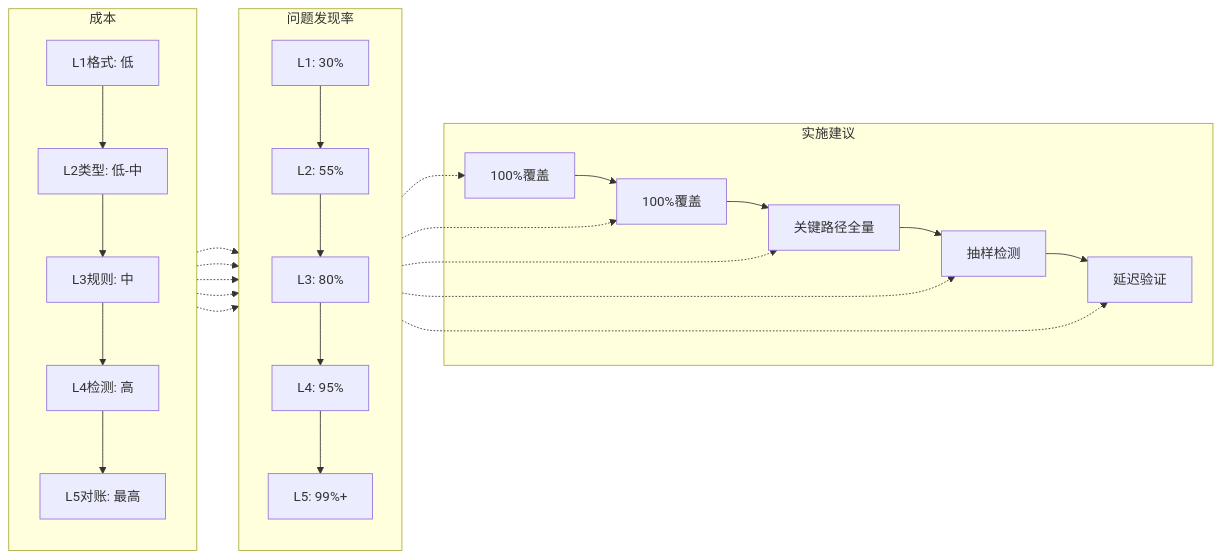
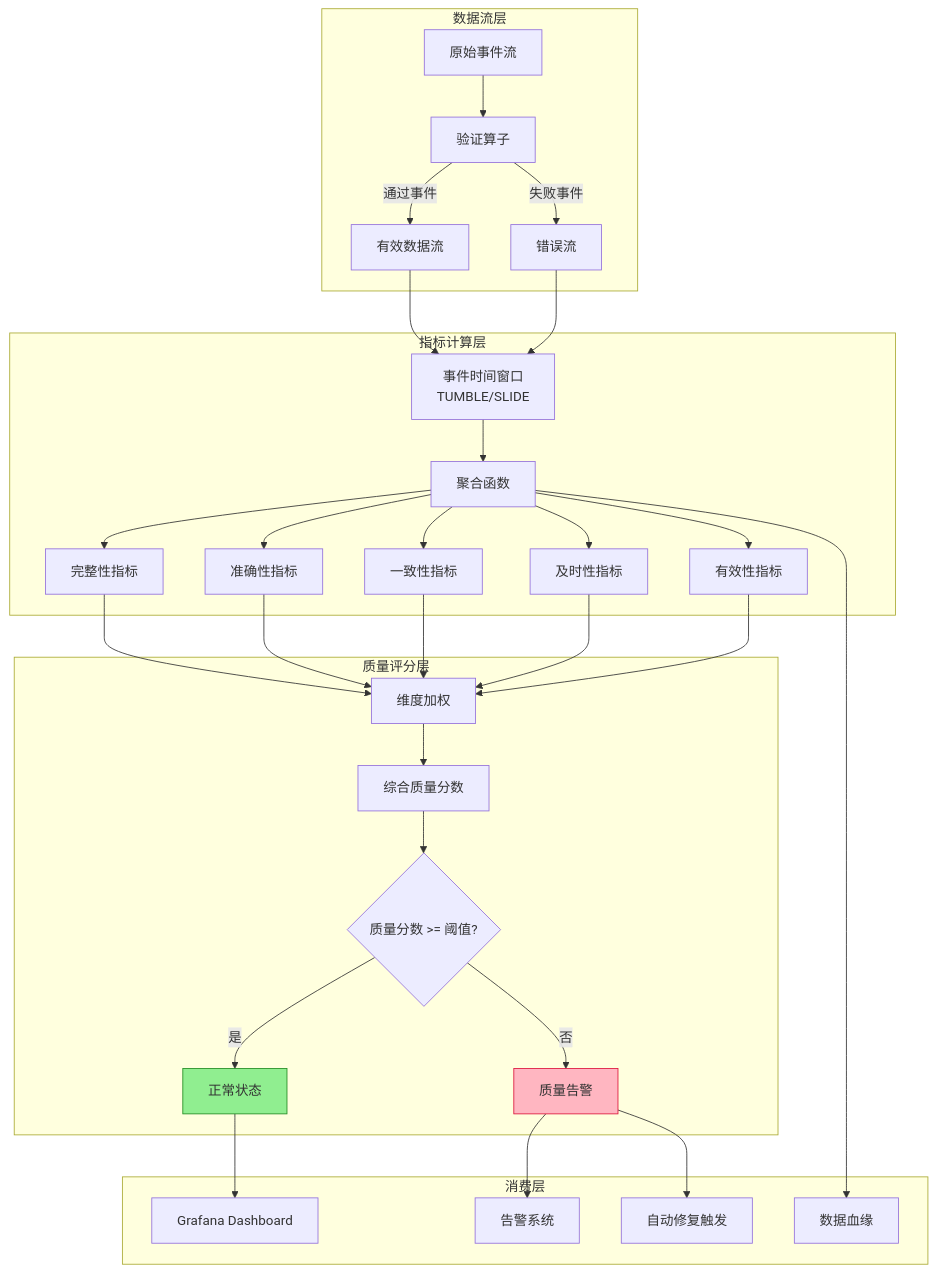
One commit to AdaMartin18010/AnalysisDataFlow changed the fourth of 4 diagrams in Knowledge/06-frontier/realtime-data-quality-validation.md. Above: the diagram before and after it, drawn with Mermaid. The commit also changed other lines of this file and 24 other files, not shown here.

````diff
--- a/Knowledge/06-frontier/realtime-data-quality-validation.md
+++ b/Knowledge/06-frontier/realtime-data-quality-validation.md
@@ -662,36 +1500,48 @@
 ```mermaid
-graph LR
-    subgraph "成本"
-        direction TB
-        C1[L1格式: 低] --> C2[L2类型: 低-中]
-        C2 --> C3[L3规则: 中]
-        C3 --> C4[L4检测: 高]
-        C4 --> C5[L5对账: 最高]
+graph TB
+    subgraph "数据流层"
+        D1[原始事件流] --> D2[验证算子]
+        D2 -->|通过事件| D3[有效数据流]
+        D2 -->|失败事件| D4[错误流]
     end
 
-    subgraph "问题发现率"
-        direction TB
-        D1[L1: 30%] --> D2[L2: 55%]
-        D2 --> D3[L3: 80%]
-        D3 --> D4[L4: 95%]
-        D4 --> D5[L5: 99%+]
+    subgraph "指标计算层"
+        M1[事件时间窗口<br/>TUMBLE/SLIDE] --> M2[聚合函数]
+        M2 --> M3[完整性指标]
+        M2 --> M4[准确性指标]
+        M2 --> M5[一致性指标]
+        M2 --> M6[及时性指标]
+        M2 --> M7[有效性指标]
+
+        D3 --> M1
+        D4 --> M1
     end
 
-    subgraph "实施建议"
-        E1[100%覆盖] --> E2[100%覆盖]
-        E2 --> E3[关键路径全量]
-        E3 --> E4[抽样检测]
-        E4 --> E5[延迟验证]
+    subgraph "质量评分层"
+        Q1[维度加权] --> Q2[综合质量分数]
+        Q2 --> Q3{质量分数 >= 阈值?}
+        Q3 -->|是| Q4[正常状态]
+        Q3 -->|否| Q5[质量告警]
+
+        M3 --> Q1
+        M4 --> Q1
+        M5 --> Q1
+        M6 --> Q1
+        M7 --> Q1
     end
 
-    C1 -.-> D1
-    C2 -.-> D2
-    C3 -.-> D3
-    C4 -.-> D4
-    C5 -.-> D5
-    D1 -.-> E1
-    D2 -.-> E2
-    D3 -.-> E3
-    D4 -.-> E4
-    D5 -.-> E5
+    subgraph "消费层"
+        C1[Grafana Dashboard]
+        C2[告警系统]
+        C3[数据血缘]
+        C4[自动修复触发]
+
+        Q4 --> C1
+        Q5 --> C2
+        Q5 --> C4
+        M2 --> C3
+    end
+
+    style Q5 fill:#FFB6C1,stroke:#DC143C
+    style Q4 fill:#90EE90,stroke:#228B22
 ```
````
